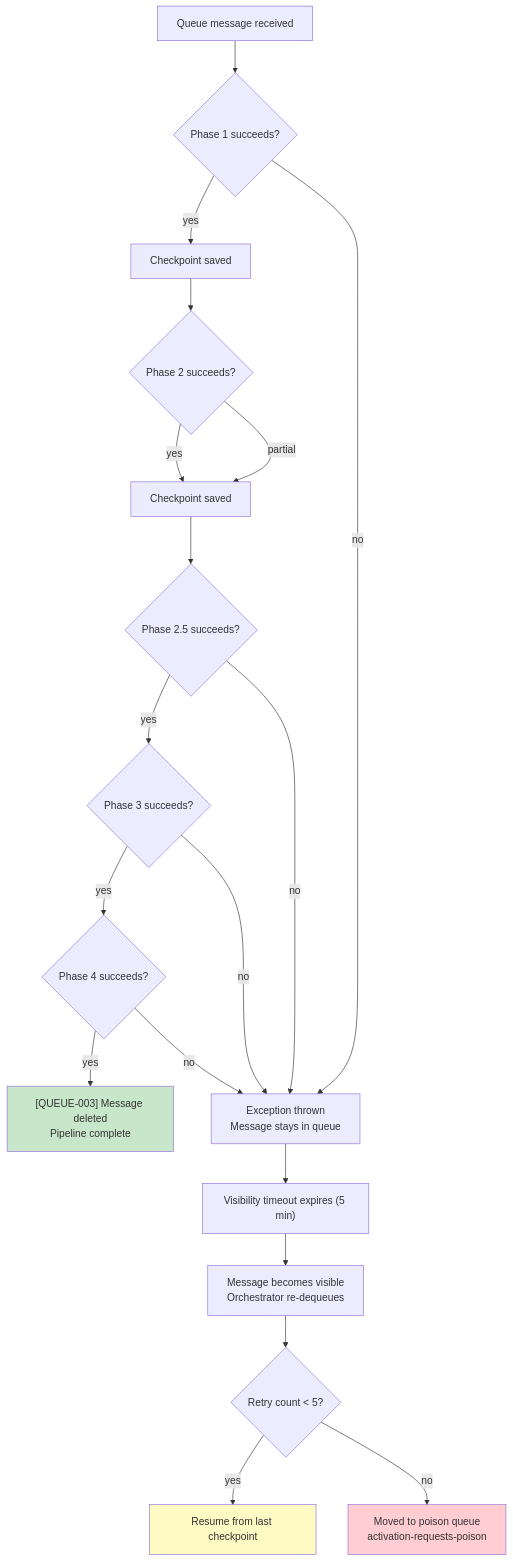
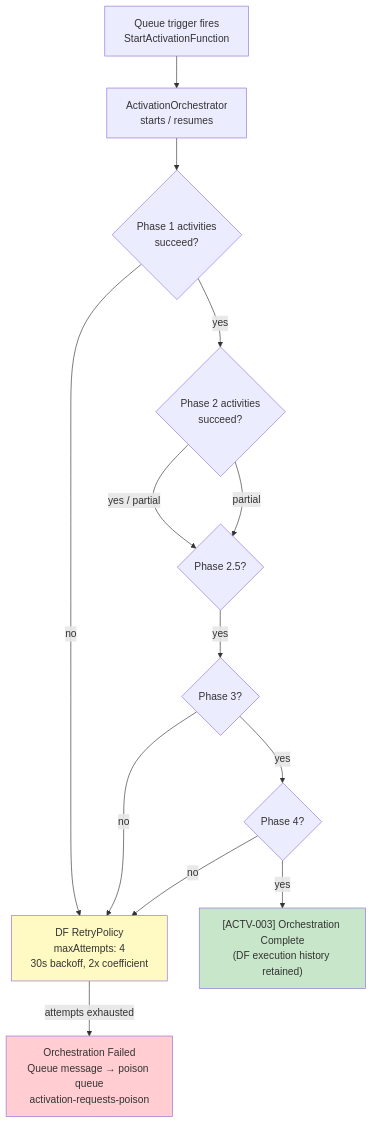
One commit to edward-rosado/jenisesells-website changed the sixth of 7 diagrams in docs/architecture/agent-activation-pipeline.md. Above: the diagram before and after it, drawn with Mermaid. The commit also changed other lines of this file and 124 other files, not shown here.

````diff
--- a/docs/architecture/agent-activation-pipeline.md
+++ b/docs/architecture/agent-activation-pipeline.md
@@ -262,27 +266,21 @@
 ```mermaid
 flowchart TD
-    A[Queue message received] --> B{Phase 1 succeeds?}
-    B -->|yes| C[Checkpoint saved]
-    C --> D{Phase 2 succeeds?}
-    D -->|yes| E[Checkpoint saved]
-    E --> F{Phase 2.5 succeeds?}
-    F -->|yes| G{Phase 3 succeeds?}
-    G -->|yes| H{Phase 4 succeeds?}
-    H -->|yes| I["[QUEUE-003] Message deleted<br/>Pipeline complete"]
+    A["Queue trigger fires<br/>StartActivationFunction"] --> B["ActivationOrchestrator<br/>starts / resumes"]
+    B --> C{Phase 1 activities<br/>succeed?}
+    C -->|yes| D{Phase 2 activities<br/>succeed?}
+    C -->|no| RETRY["DF RetryPolicy<br/>maxAttempts: 4<br/>30s backoff, 2x coefficient"]
+    D -->|yes / partial| E{Phase 2.5?}
+    D -->|partial| E
+    E -->|yes| F{Phase 3?}
+    F -->|yes| G{Phase 4?}
+    G -->|yes| I["[ACTV-003] Orchestration Complete<br/>(DF execution history retained)"]
 
-    B -->|no| J["Exception thrown<br/>Message stays in queue"]
-    D -->|partial| E
-    F -->|no| J
-    G -->|no| J
-    H -->|no| J
+    RETRY -->|"attempts exhausted"| O["Orchestration Failed<br/>Queue message → poison queue<br/>activation-requests-poison"]
 
-    J --> K["Visibility timeout expires (5 min)"]
-    K --> L["Message becomes visible<br/>Orchestrator re-dequeues"]
-    L --> M{Retry count < 5?}
-    M -->|yes| N["Resume from last checkpoint"]
-    M -->|no| O["Moved to poison queue<br/>activation-requests-poison"]
+    F -->|no| RETRY
+    G -->|no| RETRY
 
     style I fill:#c8e6c9
     style O fill:#ffcdd2
-    style N fill:#fff9c4
+    style RETRY fill:#fff9c4
 ```
````
